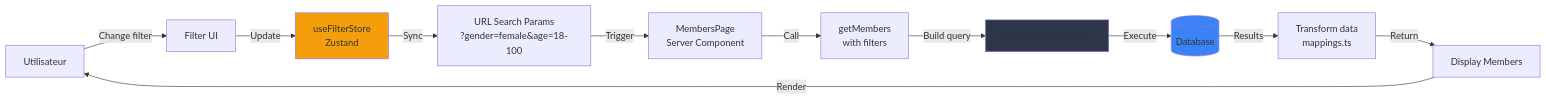
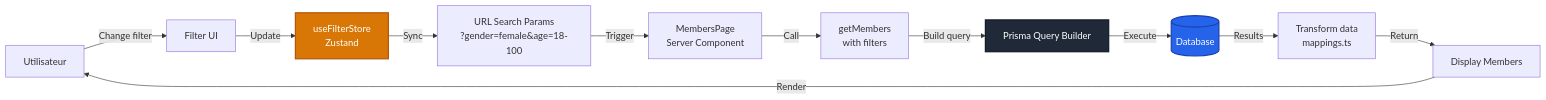
One commit to inskillflow/next-auth-demo-2-match changed diagram 31 of 32 in documentation/16-diagrammes-architecture.md. Above: the diagram before and after it, drawn with Mermaid. The commit also changed other lines of this file, not shown here.

````diff
--- a/documentation/16-diagrammes-architecture.md
+++ b/documentation/16-diagrammes-architecture.md
@@ -1380,26 +1380,26 @@
 ```mermaid
 flowchart LR
     User[Utilisateur] -->|Change filter| UI[Filter UI]
     
     UI -->|Update| Store[useFilterStore<br/>Zustand]
     
     Store -->|Sync| URL[URL Search Params<br/>?gender=female&age=18-100]
     
     URL -->|Trigger| ServerComponent[MembersPage<br/>Server Component]
     
     ServerComponent -->|Call| Action[getMembers<br/>with filters]
     
     Action -->|Build query| Prisma[Prisma Query Builder]
     
     Prisma -->|Execute| DB[(Database)]
     
     DB -->|Results| Transform[Transform data<br/>mappings.ts]
     
     Transform -->|Return| Display[Display Members]
     
     Display -->|Render| User
     
-    style Store fill:#f59e0b
-    style DB fill:#3b82f6
-    style Prisma fill:#2d3748
+    style Store fill:#d97706,stroke:#b45309,stroke-width:2px,color:#fff
+    style DB fill:#2563eb,stroke:#1e40af,stroke-width:2px,color:#fff
+    style Prisma fill:#1f2937,stroke:#111827,stroke-width:2px,color:#fff
 ```
````
